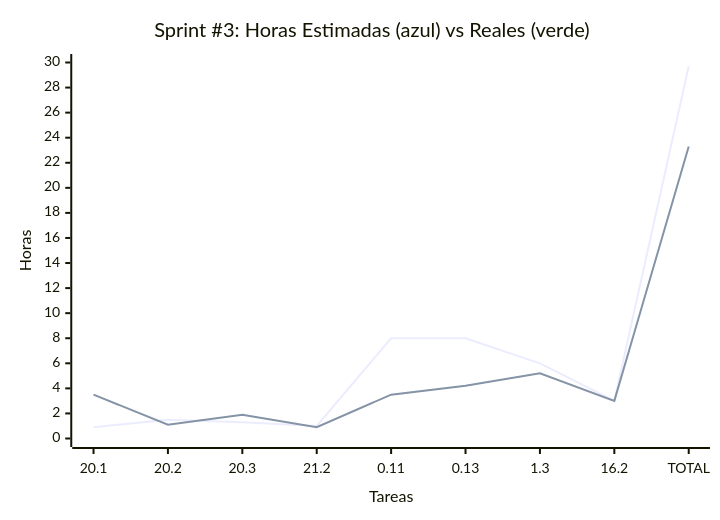
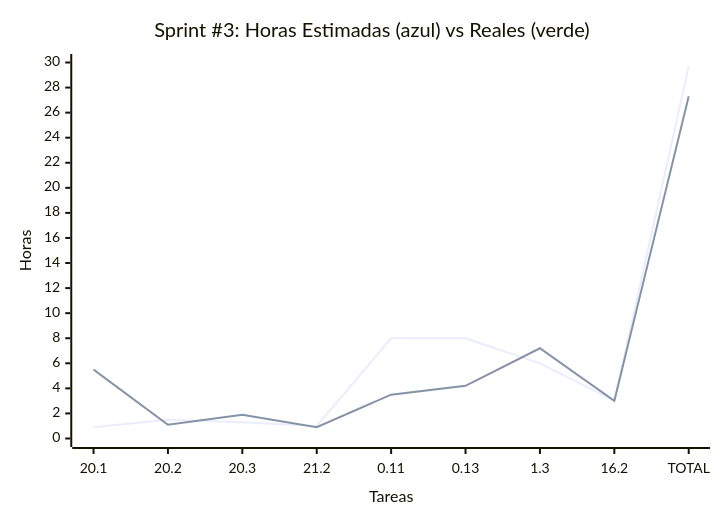
One commit to MarkMed/FleetMan changed the third of 3 diagrams in docs/SprintsPlanning.md. Above: the diagram before and after it, drawn with Mermaid. The commit also changed other lines of this file, not shown here.

````diff
--- a/docs/SprintsPlanning.md
+++ b/docs/SprintsPlanning.md
@@ -141,12 +141,12 @@
 ```mermaid
 xychart-beta
     title "Sprint #3: Horas Estimadas #40;azul#41; vs Reales #40;verde#41;"
     x-axis "Tareas" ["20.1", "20.2", "20.3", "21.2", "0.11", "0.13", "1.3", "16.2", "TOTAL"]
     y-axis "Horas" 0 --> 30
 	
 	%% Green line
     line [0.9, 1.5, 1.3, 1, 8, 8, 6, 3, 29.7]
 
 	%% Black line
-    line [3.5, 1.1, 1.9, 0.9, 3.5, 4.2, 5.2, 3, 23.3]
+    line [5.5, 1.1, 1.9, 0.9, 3.5, 4.2, 7.2, 3, 27.3]
 ```
````
